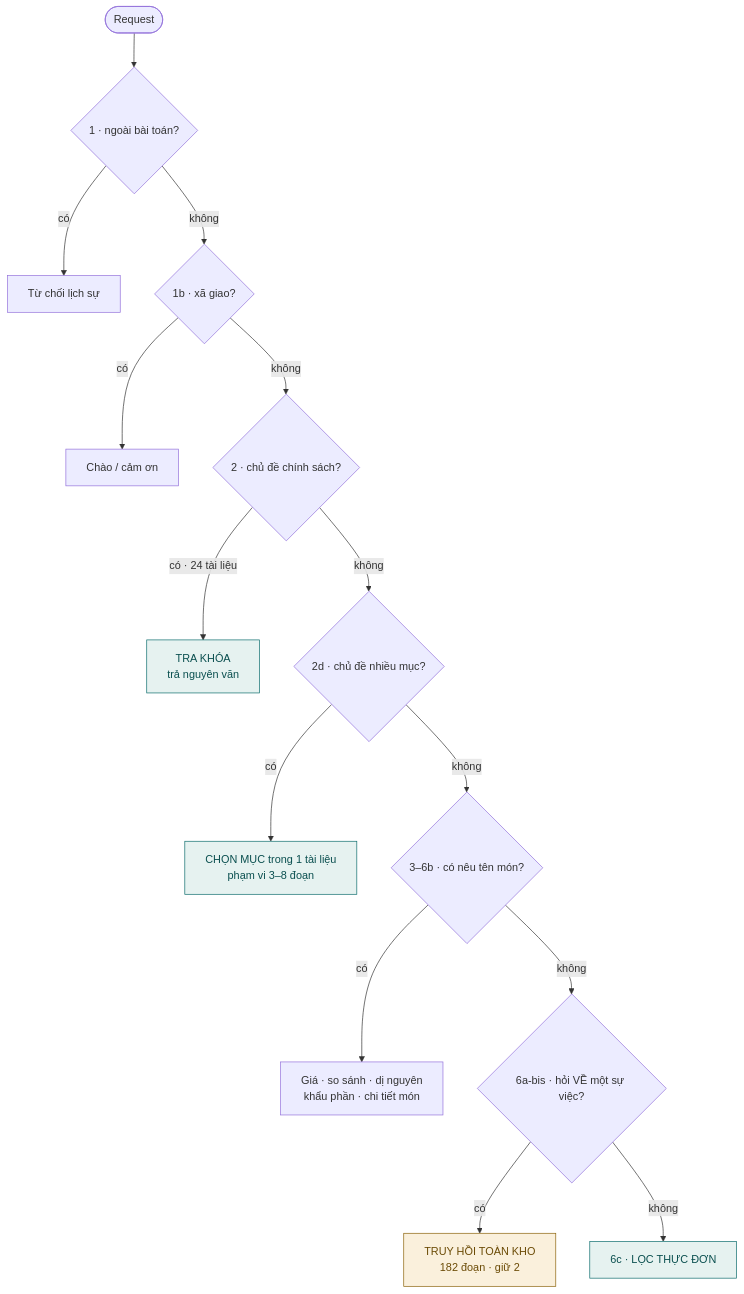
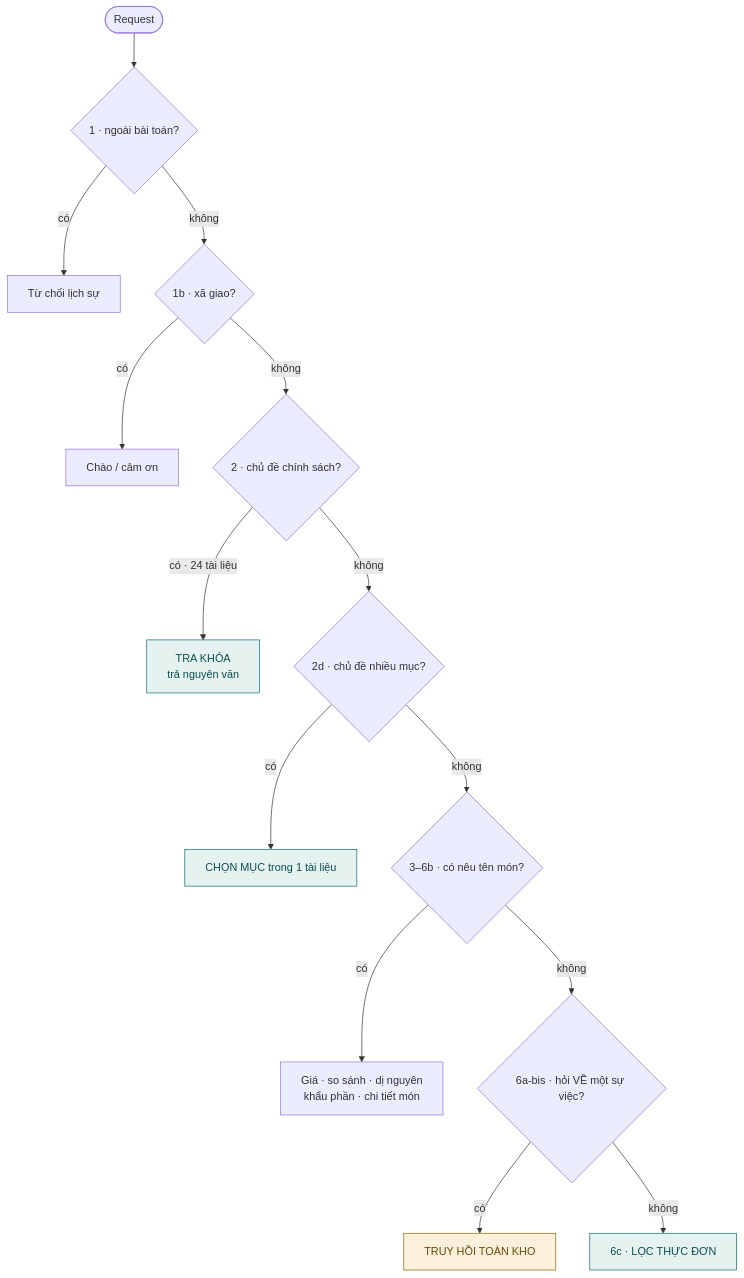
The fifth of 9 diagrams in docs/ai/BAO_CAO_HOC_MAY_KPDL.md (Anpham120/restaurant-qr-ai-ordering), drawn with Mermaid before and after one commit. The commit also changed other lines of this file and 1 other file, not shown here.

````diff
--- a/docs/ai/BAO_CAO_HOC_MAY_KPDL.md
+++ b/docs/ai/BAO_CAO_HOC_MAY_KPDL.md
@@ -276,21 +1001,21 @@
 ```mermaid
 flowchart TB
   IN(["Request"]) --> A{"1 · ngoài bài toán?"}
   A -->|có| RF["Từ chối lịch sự"]
   A -->|không| B{"1b · xã giao?"}
   B -->|có| HI["Chào / cảm ơn"]
   B -->|không| C{"2 · chủ đề chính sách?"}
   C -->|"có · 24 tài liệu"| V["TRA KHÓA<br/>trả nguyên văn"]
   C -->|không| D{"2d · chủ đề nhiều mục?"}
-  D -->|có| S["CHỌN MỤC trong 1 tài liệu<br/>phạm vi 3–8 đoạn"]
+  D -->|có| S["CHỌN MỤC trong 1 tài liệu"]
   D -->|không| E{"3–6b · có nêu tên món?"}
   E -->|có| N["Giá · so sánh · dị nguyên<br/>khẩu phần · chi tiết món"]
   E -->|không| F{"6a-bis · hỏi VỀ một sự việc?"}
-  F -->|có| R["TRUY HỒI TOÀN KHO<br/>182 đoạn · giữ 2"]
+  F -->|có| R["TRUY HỒI TOÀN KHO"]
   F -->|không| G["6c · LỌC THỰC ĐƠN"]
 
   classDef exact fill:#e6f2f0,stroke:#0a6b6b,color:#0a4f4f;
   classDef prob fill:#faf0dc,stroke:#8a6108,color:#6b4b06;
   class V,S,G exact;
   class R prob;
 ```
````
